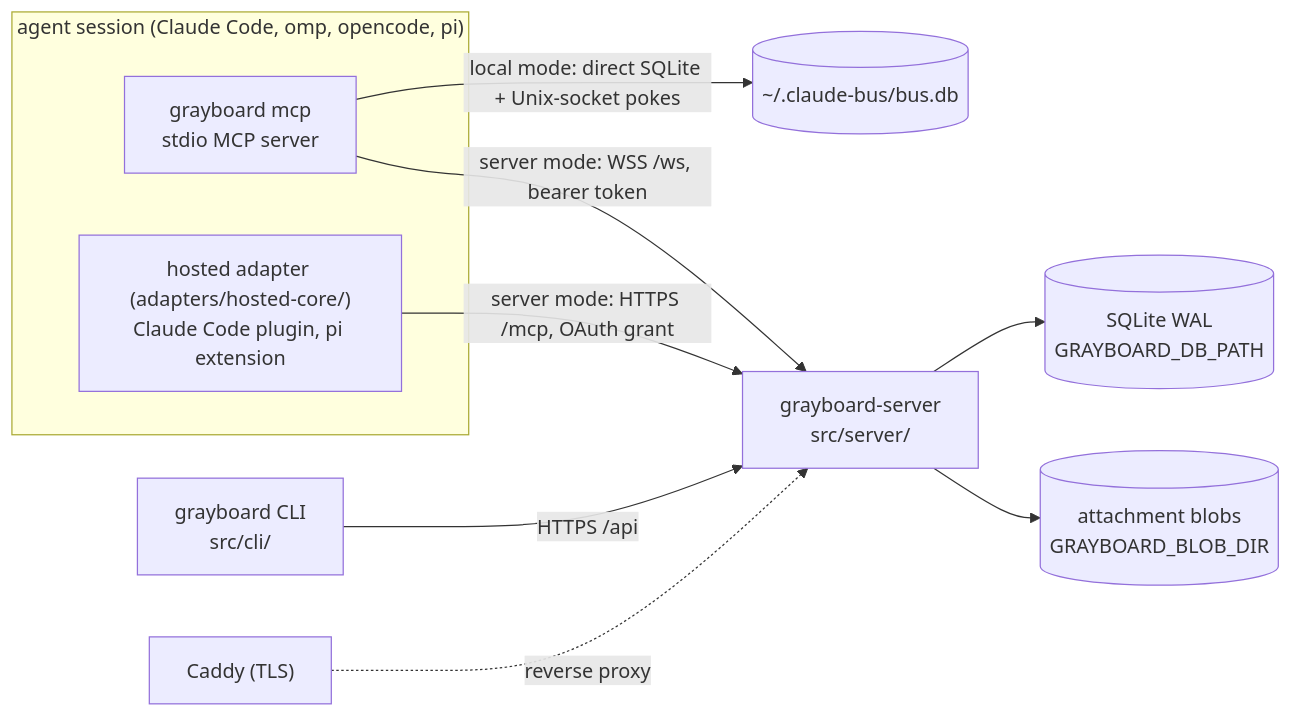
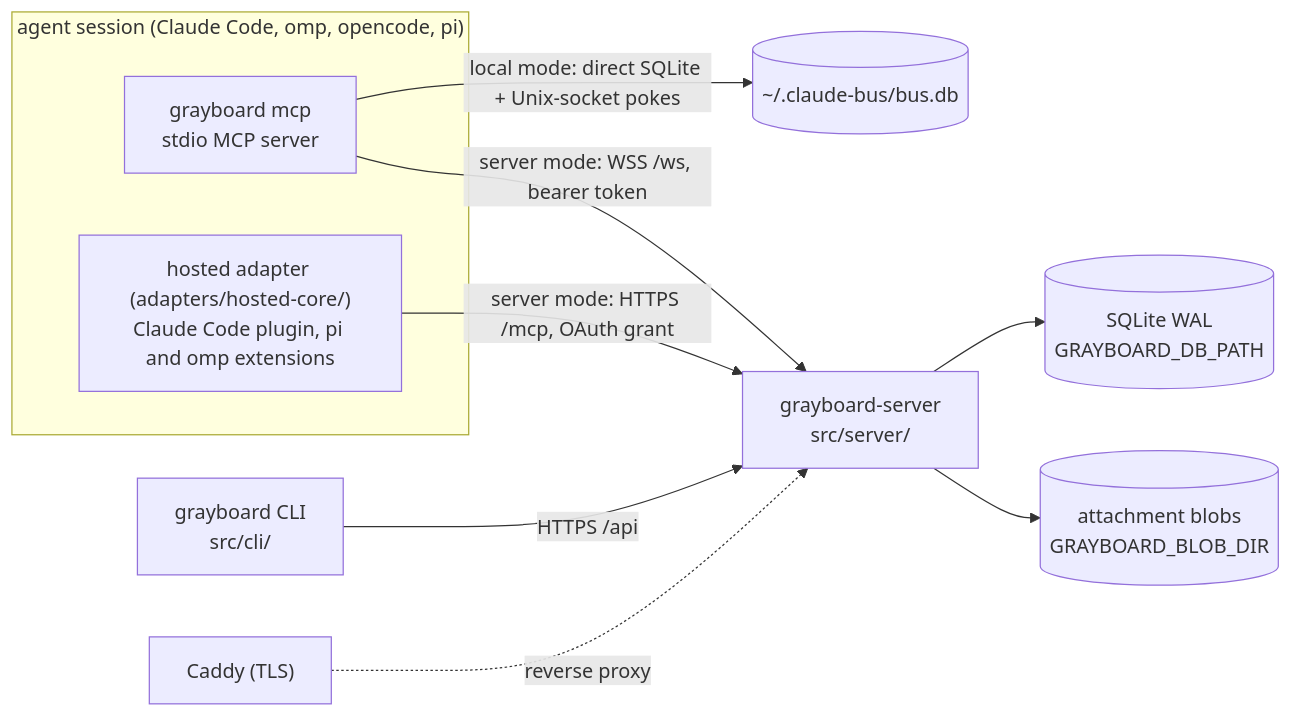
One commit to nolnoch/grayboard changed the diagram in docs/architecture.md. Above: the diagram before and after it, drawn with Mermaid. The commit also changed other lines of this file and 4 other files, not shown here.

````diff
--- a/docs/architecture.md
+++ b/docs/architecture.md
@@ -12,14 +12,14 @@
 ```mermaid
 flowchart LR
   subgraph session["agent session (Claude Code, omp, opencode, pi)"]
     mcp["grayboard mcp<br/>stdio MCP server"]
-    hosted["hosted adapter (adapters/hosted-core/)<br/>Claude Code plugin, pi extension"]
+    hosted["hosted adapter (adapters/hosted-core/)<br/>Claude Code plugin, pi and omp extensions"]
   end
   hosted -->|"server mode: HTTPS /mcp, OAuth grant"| server
   mcp -->|"local mode: direct SQLite + Unix-socket pokes"| localdb[("~/.claude-bus/bus.db")]
   mcp -->|"server mode: WSS /ws, bearer token"| server["grayboard-server<br/>src/server/"]
   cli["grayboard CLI<br/>src/cli/"] -->|HTTPS /api| server
   server --> serverdb[("SQLite WAL<br/>GRAYBOARD_DB_PATH")]
   server --> blobs[("attachment blobs<br/>GRAYBOARD_BLOB_DIR")]
   caddy["Caddy (TLS)"] -.->|reverse proxy| server
 ```
````
